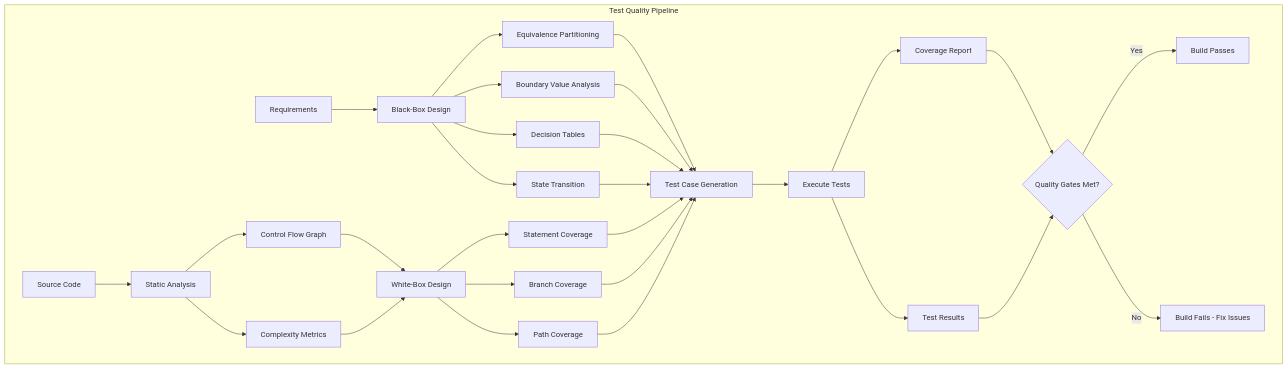
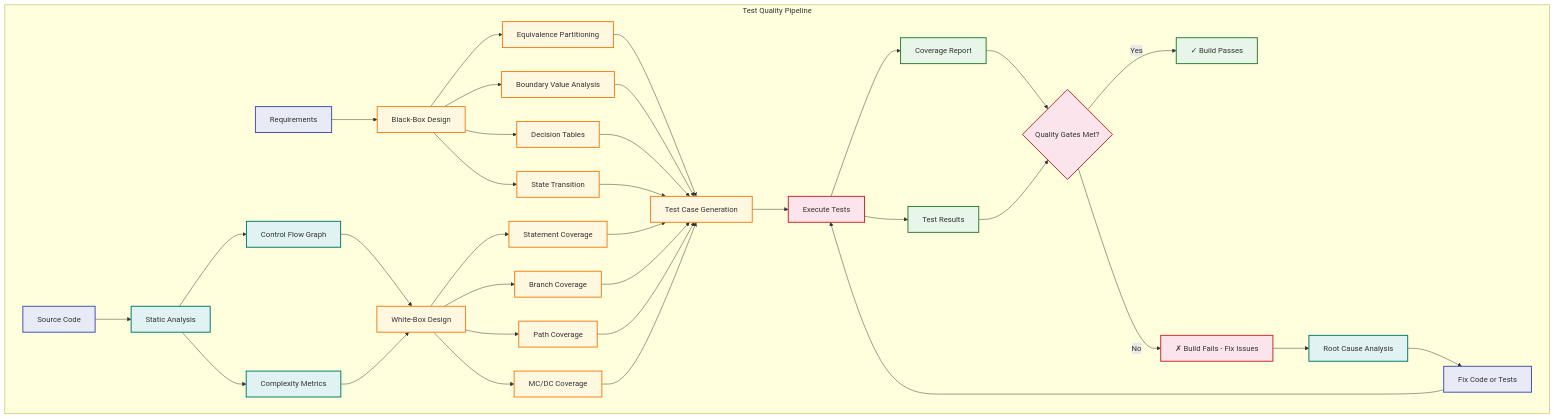
The seventh of 7 diagrams in docs/courses/software-engineering/06-testing.md (Raushan666java/ai-engineering-journey), drawn with Mermaid before and after one commit. The commit also changed other lines of this file and 15 other files, not shown here.

Commit message:
deploy: software-engineering overhaul - 16 chapters expanded to avg 1284L (+7649L), richer Mermaid, more TS, deeper content

````diff
--- a/docs/courses/software-engineering/06-testing.md
+++ b/docs/courses/software-engineering/06-testing.md
@@ -579,36 +975,48 @@
 ```mermaid
 graph TD
+    classDef source fill:#e8eaf6,stroke:#3f51b5,stroke-width:2px
+    classDef analysis fill:#e0f2f1,stroke:#00796b,stroke-width:2px
+    classDef design fill:#fff8e1,stroke:#f57f17,stroke-width:2px
+    classDef exec fill:#fce4ec,stroke:#c62828,stroke-width:2px
+    classDef result fill:#e8f5e9,stroke:#2e7d32,stroke-width:2px
+
     subgraph "Test Quality Pipeline"
-        CODE[Source Code] --> STATIC[Static Analysis]
-        STATIC --> METRICS2[Complexity Metrics]
-        STATIC --> STRUCTURE[Control Flow Graph]
+        CODE[Source Code]:::source --> STATIC[Static Analysis]:::analysis
+        STATIC --> METRICS2[Complexity Metrics]:::analysis
+        STATIC --> STRUCTURE[Control Flow Graph]:::analysis
         
-        SPEC[Requirements] --> BLACK[Black-Box Design]
-        BLACK --> EP[Equivalence Partitioning]
-        BLACK --> BVA[Boundary Value Analysis]
-        BLACK --> DT[Decision Tables]
-        BLACK --> ST[State Transition]
+        SPEC[Requirements]:::source --> BLACK[Black-Box Design]:::design
+        BLACK --> EP[Equivalence Partitioning]:::design
+        BLACK --> BVA[Boundary Value Analysis]:::design
+        BLACK --> DT[Decision Tables]:::design
+        BLACK --> ST[State Transition]:::design
         
-        STRUCTURE --> WHITE[White-Box Design]
+        STRUCTURE --> WHITE[White-Box Design]:::design
         METRICS2 --> WHITE
-        WHITE --> SC[Statement Coverage]
-        WHITE --> BC[Branch Coverage]
-        WHITE --> PC[Path Coverage]
+        WHITE --> SC[Statement Coverage]:::design
+        WHITE --> BC[Branch Coverage]:::design
+        WHITE --> PC[Path Coverage]:::design
+        WHITE --> MCDC[MC/DC Coverage]:::design
         
-        EP --> TESTGEN[Test Case Generation]
+        EP --> TESTGEN[Test Case Generation]:::design
         BVA --> TESTGEN
         DT --> TESTGEN
         ST --> TESTGEN
         SC --> TESTGEN
         BC --> TESTGEN
         PC --> TESTGEN
+        MCDC --> TESTGEN
         
-        TESTGEN --> EXEC[Execute Tests]
-        EXEC --> REPORT2[Coverage Report]
-        EXEC --> RESULTS[Test Results]
-        REPORT2 --> GATES{Quality Gates Met?}
+        TESTGEN --> EXEC[Execute Tests]:::exec
+        EXEC --> REPORT2[Coverage Report]:::result
+        EXEC --> RESULTS[Test Results]:::result
+        REPORT2 --> GATES{Quality Gates Met?}:::exec
         RESULTS --> GATES
-        GATES -->|Yes| PASS[Build Passes]
-        GATES -->|No| FAIL[Build Fails - Fix Issues]
+        GATES -->|Yes| PASS[✓ Build Passes]:::result
+        GATES -->|No| FAIL[✗ Build Fails - Fix Issues]:::exec
+        
+        FAIL --> ROOT[Root Cause Analysis]:::analysis
+        ROOT --> FIX[Fix Code or Tests]:::source
+        FIX --> EXEC
     end
 ```
````
